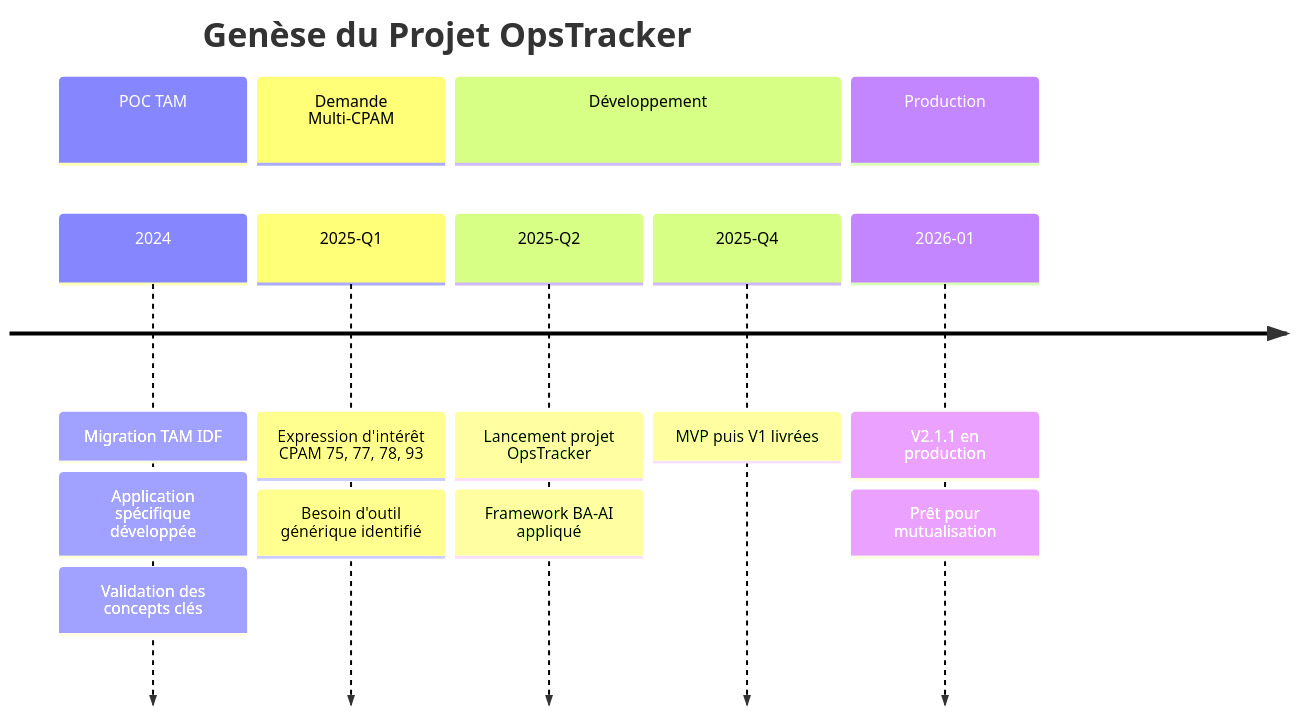
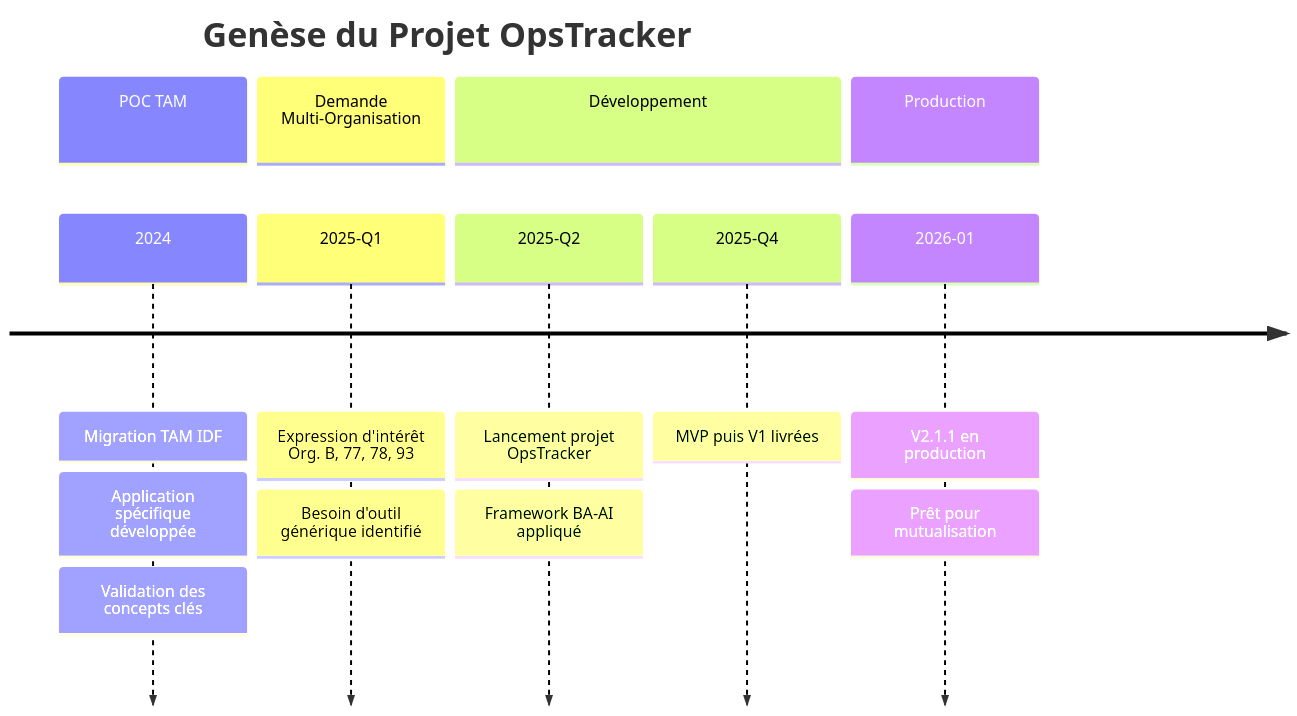
The fourth of 36 diagrams in COMITOLOGIE/Présentation.md (ElegAlex/OPSTRACKER), drawn with Mermaid before and after one commit. The commit also changed other lines of this file and 47 other files, not shown here.

````diff
--- a/COMITOLOGIE/Présentation.md
+++ b/COMITOLOGIE/Présentation.md
@@ -118,18 +118,18 @@
 ```mermaid
 timeline
     title Genèse du Projet OpsTracker
     section POC TAM
         2024 : Migration TAM IDF
              : Application spécifique développée
              : Validation des concepts clés
-    section Demande Multi-CPAM
-        2025-Q1 : Expression d'intérêt CPAM 75, 77, 78, 93
+    section Demande Multi-Organisation
+        2025-Q1 : Expression d'intérêt Org. B, 77, 78, 93
                 : Besoin d'outil générique identifié
     section Développement
         2025-Q2 : Lancement projet OpsTracker
                 : Framework BA-AI appliqué
         2025-Q4 : MVP puis V1 livrées
     section Production
         2026-01 : V2.1.1 en production
                 : Prêt pour mutualisation
 ```
````
